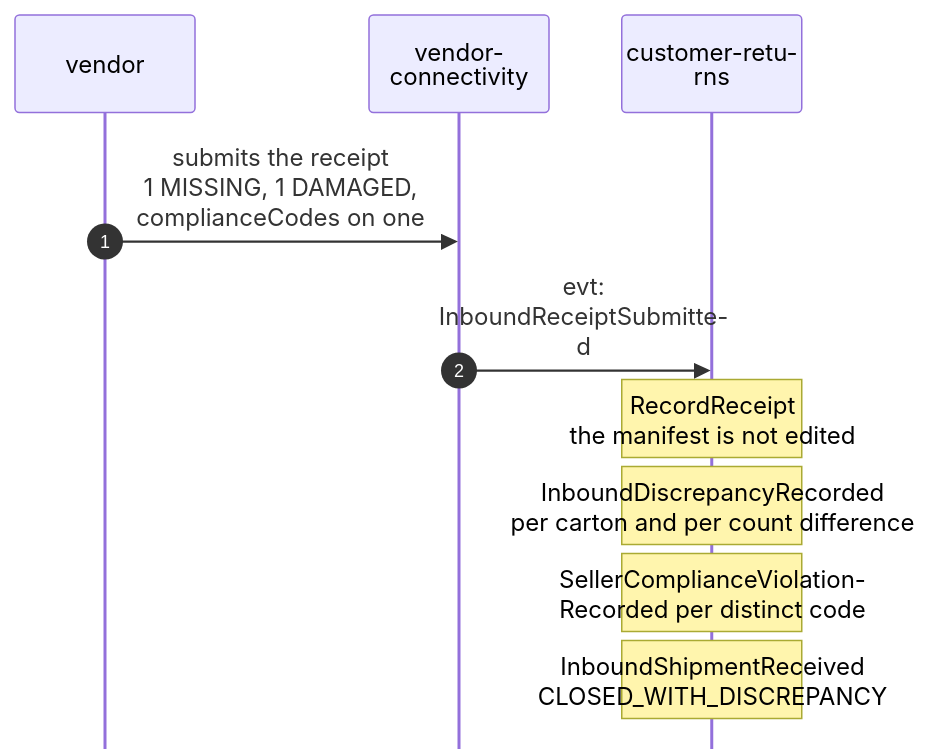
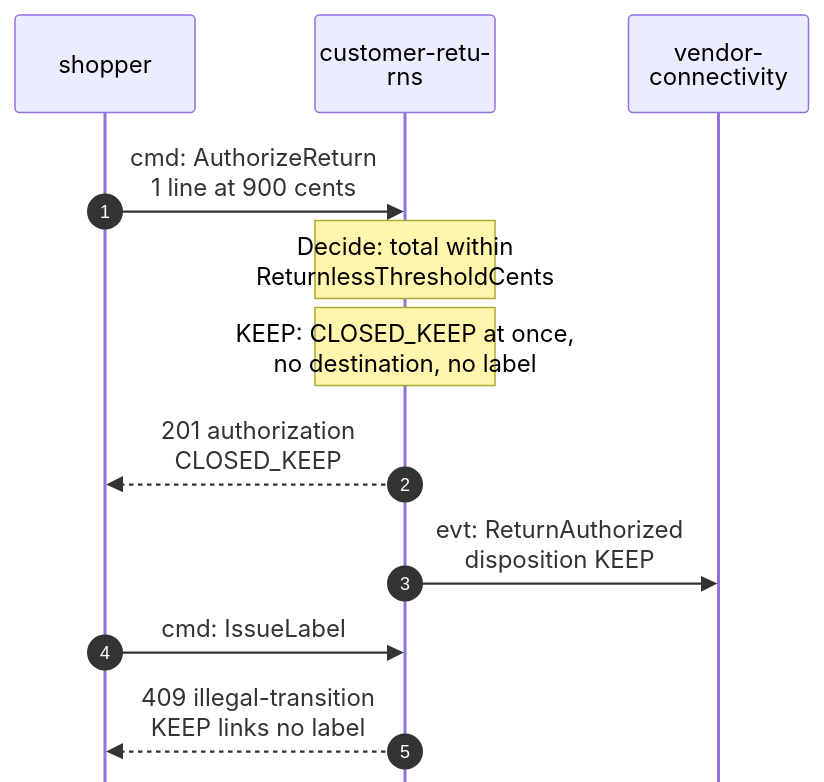
One commit to IQVO/customer-returns changed the third of 4 diagrams in docs/docs/ddd/domain-message-flow.md. Above: the diagram before and after it, drawn with Mermaid. The commit also changed other lines of this file and 13 other files, not shown here.

````diff
--- a/docs/docs/ddd/domain-message-flow.md
+++ b/docs/docs/ddd/domain-message-flow.md
@@ -69,14 +72,15 @@
 ```mermaid
 %%{init: {"sequence": {"wrap": true, "width": 120, "actorMargin": 24, "messageMargin": 28, "boxMargin": 6, "noteMargin": 6, "mirrorActors": false}}}%%
 sequenceDiagram
     autonumber
-    participant V as vendor
+    participant S as shopper
+    participant CR as customer-returns
     participant VC as vendor-<br/>connectivity
-    participant SI as customer-returns
-    V->>VC: submits the receipt<br/>1 MISSING, 1 DAMAGED,<br/>complianceCodes on one
-    VC->>SI: evt: InboundReceiptSubmitted
-    Note over SI: RecordReceipt<br/>the manifest is not edited
-    Note over SI: InboundDiscrepancyRecorded<br/>per carton and per count difference
-    Note over SI: SellerComplianceViolation-<br/>Recorded per distinct code
-    Note over SI: InboundShipmentReceived<br/>CLOSED_WITH_DISCREPANCY
+    S->>CR: cmd: AuthorizeReturn<br/>1 line at 900 cents
+    Note over CR: Decide: total within<br/>ReturnlessThresholdCents
+    Note over CR: KEEP: CLOSED_KEEP at once,<br/>no destination, no label
+    CR-->>S: 201 authorization CLOSED_KEEP
+    CR->>VC: evt: ReturnAuthorized<br/>disposition KEEP
+    S->>CR: cmd: IssueLabel
+    CR-->>S: 409 illegal-transition<br/>KEEP links no label
 ```
````
